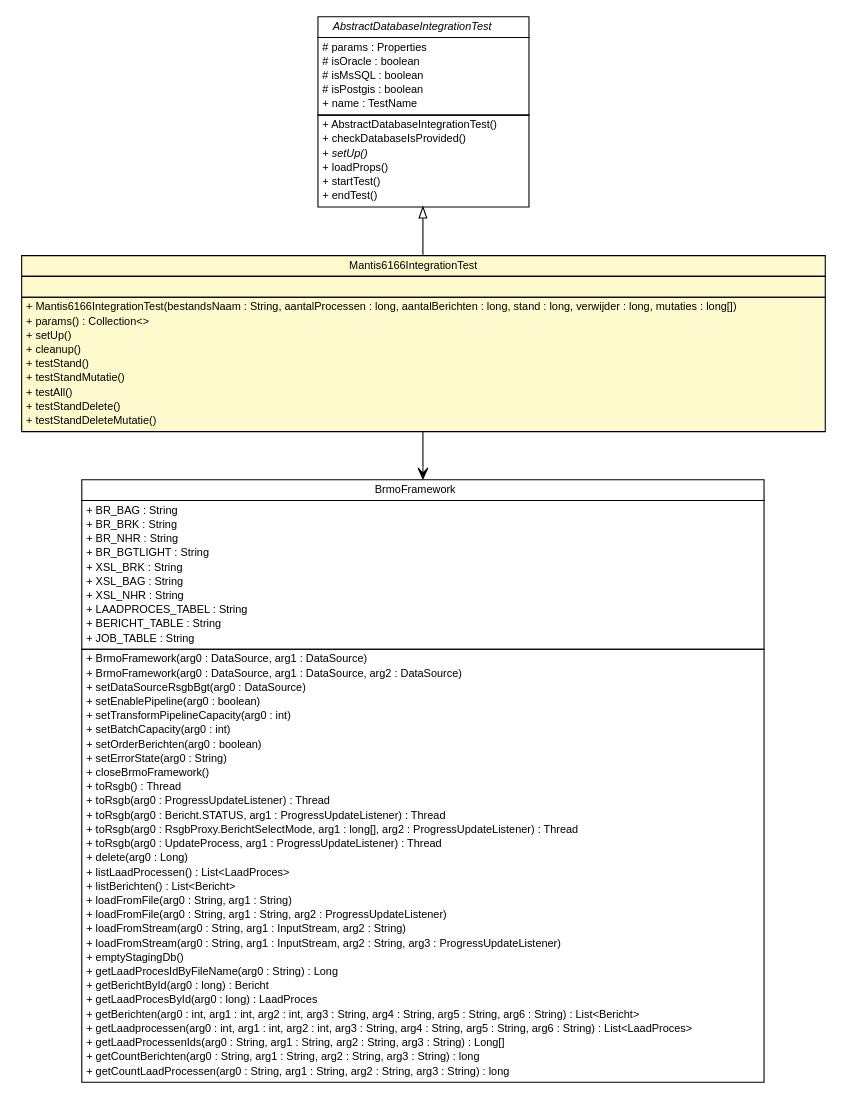
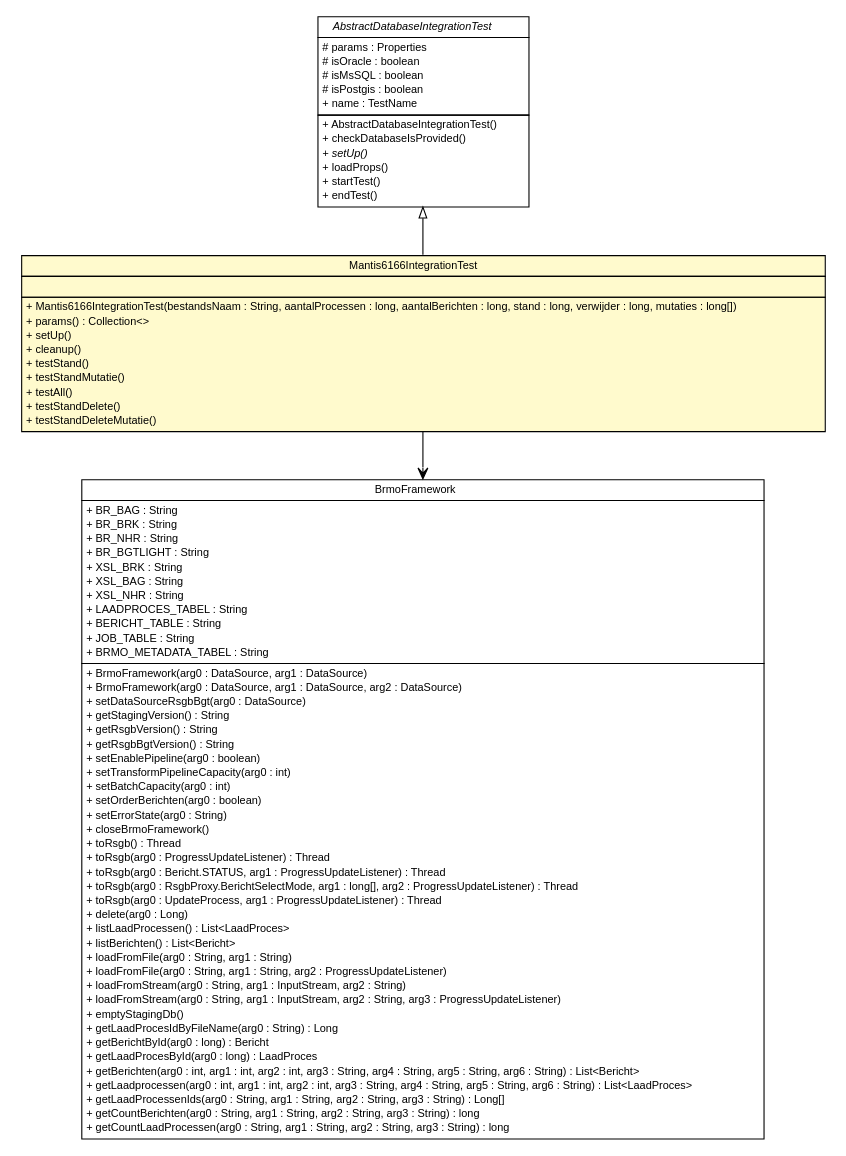
One commit to B3Partners/brmo changed the diagram in brmo-loader/testapidocs/nl/b3p/Mantis6166IntegrationTest.dot. Above: the diagram before and after it, drawn with Graphviz. The commit also changed 272 other files, not shown here.

```diff
--- a/brmo-loader/testapidocs/nl/b3p/Mantis6166IntegrationTest.dot
+++ b/brmo-loader/testapidocs/nl/b3p/Mantis6166IntegrationTest.dot
@@ -1,107 +1,111 @@
 #!/usr/local/bin/dot
 #
 # Class diagram 
 # Generated by UMLGraph version R5_6-24-gf6e263 (http://www.umlgraph.org/)
 #
 
 digraph G {
 	edge [fontname="Helvetica",fontsize=10,labelfontname="Helvetica",labelfontsize=10];
 	node [fontname="Helvetica",fontsize=10,shape=plaintext];
 	nodesep=0.25;
 	ranksep=0.5;
 	// nl.b3p.AbstractDatabaseIntegrationTest
-	c240 [label=<<table title="nl.b3p.AbstractDatabaseIntegrationTest" border="0" cellborder="1" cellspacing="0" cellpadding="2" port="p" href="./AbstractDatabaseIntegrationTest.html">
+	c288 [label=<<table title="nl.b3p.AbstractDatabaseIntegrationTest" border="0" cellborder="1" cellspacing="0" cellpadding="2" port="p" href="./AbstractDatabaseIntegrationTest.html">
 		<tr><td><table border="0" cellspacing="0" cellpadding="1">
 <tr><td align="center" balign="center"><font face="Helvetica-Oblique"> AbstractDatabaseIntegrationTest </font></td></tr>
 		</table></td></tr>
 		<tr><td><table border="0" cellspacing="0" cellpadding="1">
 <tr><td align="left" balign="left"> # params : Properties </td></tr>
 <tr><td align="left" balign="left"> # isOracle : boolean </td></tr>
 <tr><td align="left" balign="left"> # isMsSQL : boolean </td></tr>
 <tr><td align="left" balign="left"> # isPostgis : boolean </td></tr>
 <tr><td align="left" balign="left"> + name : TestName </td></tr>
 		</table></td></tr>
 		<tr><td><table border="0" cellspacing="0" cellpadding="1">
 <tr><td align="left" balign="left"> + AbstractDatabaseIntegrationTest() </td></tr>
 <tr><td align="left" balign="left"> + checkDatabaseIsProvided() </td></tr>
 <tr><td align="left" balign="left"><font face="Helvetica-Oblique" point-size="10.0"> + setUp() </font></td></tr>
 <tr><td align="left" balign="left"> + loadProps() </td></tr>
 <tr><td align="left" balign="left"> + startTest() </td></tr>
 <tr><td align="left" balign="left"> + endTest() </td></tr>
 		</table></td></tr>
 		</table>>, URL="./AbstractDatabaseIntegrationTest.html", fontname="Helvetica", fontcolor="black", fontsize=10.0];
 	// nl.b3p.Mantis6166IntegrationTest
-	c244 [label=<<table title="nl.b3p.Mantis6166IntegrationTest" border="0" cellborder="1" cellspacing="0" cellpadding="2" port="p" bgcolor="lemonChiffon" href="./Mantis6166IntegrationTest.html">
+	c292 [label=<<table title="nl.b3p.Mantis6166IntegrationTest" border="0" cellborder="1" cellspacing="0" cellpadding="2" port="p" bgcolor="lemonChiffon" href="./Mantis6166IntegrationTest.html">
 		<tr><td><table border="0" cellspacing="0" cellpadding="1">
 <tr><td align="center" balign="center"> Mantis6166IntegrationTest </td></tr>
 		</table></td></tr>
 		<tr><td><table border="0" cellspacing="0" cellpadding="1">
 <tr><td align="left" balign="left">  </td></tr>
 		</table></td></tr>
 		<tr><td><table border="0" cellspacing="0" cellpadding="1">
 <tr><td align="left" balign="left"> + Mantis6166IntegrationTest(bestandsNaam : String, aantalProcessen : long, aantalBerichten : long, stand : long, verwijder : long, mutaties : long[]) </td></tr>
 <tr><td align="left" balign="left"> + params() : Collection&lt;&gt; </td></tr>
 <tr><td align="left" balign="left"> + setUp() </td></tr>
 <tr><td align="left" balign="left"> + cleanup() </td></tr>
 <tr><td align="left" balign="left"> + testStand() </td></tr>
 <tr><td align="left" balign="left"> + testStandMutatie() </td></tr>
 <tr><td align="left" balign="left"> + testAll() </td></tr>
 <tr><td align="left" balign="left"> + testStandDelete() </td></tr>
 <tr><td align="left" balign="left"> + testStandDeleteMutatie() </td></tr>
 		</table></td></tr>
 		</table>>, URL="./Mantis6166IntegrationTest.html", fontname="Helvetica", fontcolor="black", fontsize=10.0];
 	//nl.b3p.Mantis6166IntegrationTest extends nl.b3p.AbstractDatabaseIntegrationTest
-	c240:p -> c244:p [dir=back,arrowtail=empty];
+	c288:p -> c292:p [dir=back,arrowtail=empty];
 	// nl.b3p.Mantis6166IntegrationTest NAVASSOC nl.b3p.brmo.loader.BrmoFramework
-	c244:p -> c252:p [taillabel="", label="", headlabel="", fontname="Helvetica", fontcolor="black", fontsize=10.0, color="black", arrowhead=open];
+	c292:p -> c301:p [taillabel="", label="", headlabel="", fontname="Helvetica", fontcolor="black", fontsize=10.0, color="black", arrowhead=open];
 	// nl.b3p.brmo.loader.BrmoFramework
-	c252 [label=<<table title="nl.b3p.brmo.loader.BrmoFramework" border="0" cellborder="1" cellspacing="0" cellpadding="2" port="p">
+	c301 [label=<<table title="nl.b3p.brmo.loader.BrmoFramework" border="0" cellborder="1" cellspacing="0" cellpadding="2" port="p">
 		<tr><td><table border="0" cellspacing="0" cellpadding="1">
 <tr><td align="center" balign="center"> BrmoFramework </td></tr>
 		</table></td></tr>
 		<tr><td><table border="0" cellspacing="0" cellpadding="1">
 <tr><td align="left" balign="left"> + BR_BAG : String </td></tr>
 <tr><td align="left" balign="left"> + BR_BRK : String </td></tr>
 <tr><td align="left" balign="left"> + BR_NHR : String </td></tr>
 <tr><td align="left" balign="left"> + BR_BGTLIGHT : String </td></tr>
 <tr><td align="left" balign="left"> + XSL_BRK : String </td></tr>
 <tr><td align="left" balign="left"> + XSL_BAG : String </td></tr>
 <tr><td align="left" balign="left"> + XSL_NHR : String </td></tr>
 <tr><td align="left" balign="left"> + LAADPROCES_TABEL : String </td></tr>
 <tr><td align="left" balign="left"> + BERICHT_TABLE : String </td></tr>
 <tr><td align="left" balign="left"> + JOB_TABLE : String </td></tr>
+<tr><td align="left" balign="left"> + BRMO_METADATA_TABEL : String </td></tr>
 		</table></td></tr>
 		<tr><td><table border="0" cellspacing="0" cellpadding="1">
 <tr><td align="left" balign="left"> + BrmoFramework(arg0 : DataSource, arg1 : DataSource) </td></tr>
 <tr><td align="left" balign="left"> + BrmoFramework(arg0 : DataSource, arg1 : DataSource, arg2 : DataSource) </td></tr>
 <tr><td align="left" balign="left"> + setDataSourceRsgbBgt(arg0 : DataSource) </td></tr>
+<tr><td align="left" balign="left"> + getStagingVersion() : String </td></tr>
+<tr><td align="left" balign="left"> + getRsgbVersion() : String </td></tr>
+<tr><td align="left" balign="left"> + getRsgbBgtVersion() : String </td></tr>
 <tr><td align="left" balign="left"> + setEnablePipeline(arg0 : boolean) </td></tr>
 <tr><td align="left" balign="left"> + setTransformPipelineCapacity(arg0 : int) </td></tr>
 <tr><td align="left" balign="left"> + setBatchCapacity(arg0 : int) </td></tr>
 <tr><td align="left" balign="left"> + setOrderBerichten(arg0 : boolean) </td></tr>
 <tr><td align="left" balign="left"> + setErrorState(arg0 : String) </td></tr>
 <tr><td align="left" balign="left"> + closeBrmoFramework() </td></tr>
 <tr><td align="left" balign="left"> + toRsgb() : Thread </td></tr>
 <tr><td align="left" balign="left"> + toRsgb(arg0 : ProgressUpdateListener) : Thread </td></tr>
 <tr><td align="left" balign="left"> + toRsgb(arg0 : Bericht.STATUS, arg1 : ProgressUpdateListener) : Thread </td></tr>
 <tr><td align="left" balign="left"> + toRsgb(arg0 : RsgbProxy.BerichtSelectMode, arg1 : long[], arg2 : ProgressUpdateListener) : Thread </td></tr>
 <tr><td align="left" balign="left"> + toRsgb(arg0 : UpdateProcess, arg1 : ProgressUpdateListener) : Thread </td></tr>
 <tr><td align="left" balign="left"> + delete(arg0 : Long) </td></tr>
 <tr><td align="left" balign="left"> + listLaadProcessen() : List&lt;LaadProces&gt; </td></tr>
 <tr><td align="left" balign="left"> + listBerichten() : List&lt;Bericht&gt; </td></tr>
 <tr><td align="left" balign="left"> + loadFromFile(arg0 : String, arg1 : String) </td></tr>
 <tr><td align="left" balign="left"> + loadFromFile(arg0 : String, arg1 : String, arg2 : ProgressUpdateListener) </td></tr>
 <tr><td align="left" balign="left"> + loadFromStream(arg0 : String, arg1 : InputStream, arg2 : String) </td></tr>
 <tr><td align="left" balign="left"> + loadFromStream(arg0 : String, arg1 : InputStream, arg2 : String, arg3 : ProgressUpdateListener) </td></tr>
 <tr><td align="left" balign="left"> + emptyStagingDb() </td></tr>
 <tr><td align="left" balign="left"> + getLaadProcesIdByFileName(arg0 : String) : Long </td></tr>
 <tr><td align="left" balign="left"> + getBerichtById(arg0 : long) : Bericht </td></tr>
 <tr><td align="left" balign="left"> + getLaadProcesById(arg0 : long) : LaadProces </td></tr>
 <tr><td align="left" balign="left"> + getBerichten(arg0 : int, arg1 : int, arg2 : int, arg3 : String, arg4 : String, arg5 : String, arg6 : String) : List&lt;Bericht&gt; </td></tr>
 <tr><td align="left" balign="left"> + getLaadprocessen(arg0 : int, arg1 : int, arg2 : int, arg3 : String, arg4 : String, arg5 : String, arg6 : String) : List&lt;LaadProces&gt; </td></tr>
 <tr><td align="left" balign="left"> + getLaadProcessenIds(arg0 : String, arg1 : String, arg2 : String, arg3 : String) : Long[] </td></tr>
 <tr><td align="left" balign="left"> + getCountBerichten(arg0 : String, arg1 : String, arg2 : String, arg3 : String) : long </td></tr>
 <tr><td align="left" balign="left"> + getCountLaadProcessen(arg0 : String, arg1 : String, arg2 : String, arg3 : String) : long </td></tr>
 		</table></td></tr>
 		</table>>, URL="null", fontname="Helvetica", fontcolor="black", fontsize=10.0];
 }
```
